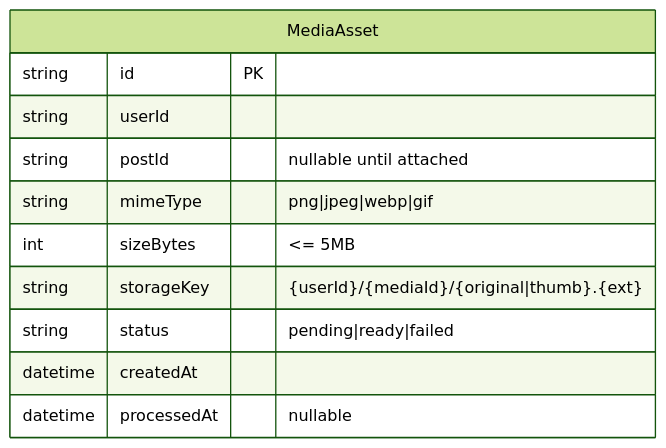
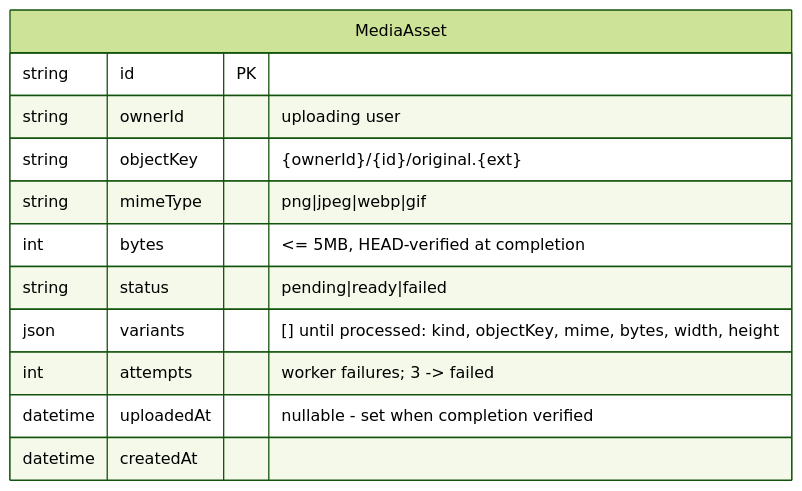
The third of 5 diagrams in docs/specs/data/01-storage-model.md (jdc-projects/xitter), drawn with Mermaid (forest theme) before and after one commit. The commit also changed other lines of this file and 5 other files, not shown here.

First line of the commit message:
docs+e2e: media specs match implementation; attach-image e2e flows

````diff
--- a/docs/specs/data/01-storage-model.md
+++ b/docs/specs/data/01-storage-model.md
@@ -83,14 +84,15 @@
 ```mermaid
 erDiagram
     MediaAsset {
         string id PK
-        string userId
-        string postId "nullable until attached"
+        string ownerId "uploading user"
+        string objectKey "{ownerId}/{id}/original.{ext}"
         string mimeType "png|jpeg|webp|gif"
-        int sizeBytes "<= 5MB"
-        string storageKey "{userId}/{mediaId}/{original|thumb}.{ext}"
+        int bytes "<= 5MB, HEAD-verified at completion"
         string status "pending|ready|failed"
+        json variants "[] until processed: kind, objectKey, mime, bytes, width, height"
+        int attempts "worker failures; 3 -> failed"
+        datetime uploadedAt "nullable - set when completion verified"
         datetime createdAt
-        datetime processedAt "nullable"
     }
 ```
````
